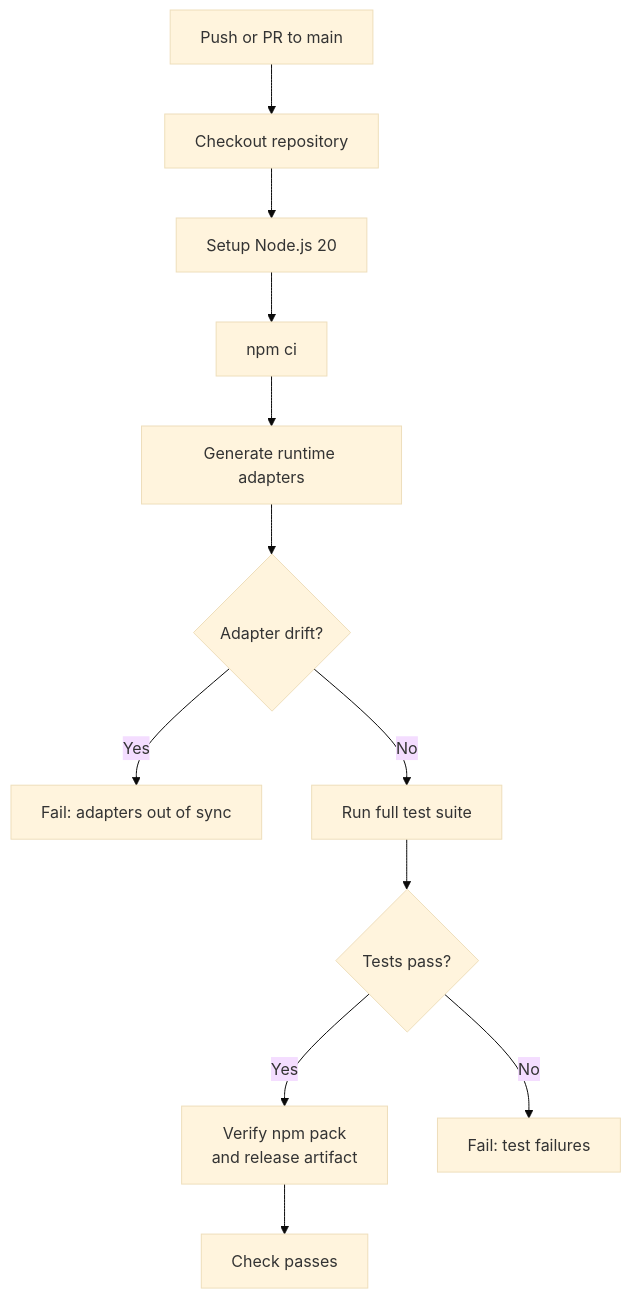
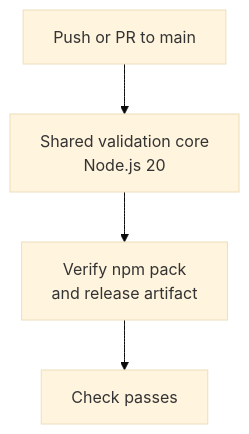
The second of 10 diagrams in docs/cicd.md (josstei/maestro-orchestrate), drawn with Mermaid (base theme) before and after one commit. The commit also changed other lines of this file and 6 other files, not shown here.

````diff
--- a/docs/cicd.md
+++ b/docs/cicd.md
@@ -48,14 +73,6 @@
 ```mermaid
 graph TD
-    A["Push or PR to main"] --> B["Checkout repository"]
-    B --> C["Setup Node.js 20"]
-    C --> C2["npm ci"]
-    C2 --> D["Generate runtime adapters"]
-    D --> E{"Adapter drift?"}
-    E --> |"Yes"| F["Fail: adapters out of sync"]
-    E --> |"No"| G["Run full test suite"]
-    G --> H{"Tests pass?"}
-    H --> |"Yes"| I["Verify npm pack<br/>and release artifact"]
-    H --> |"No"| J["Fail: test failures"]
-    I --> K["Check passes"]
+    A["Push or PR to main"] --> B["Shared validation core<br/>Node.js 20"]
+    B --> C["Verify npm pack<br/>and release artifact"]
+    C --> D["Check passes"]
 ```
````
